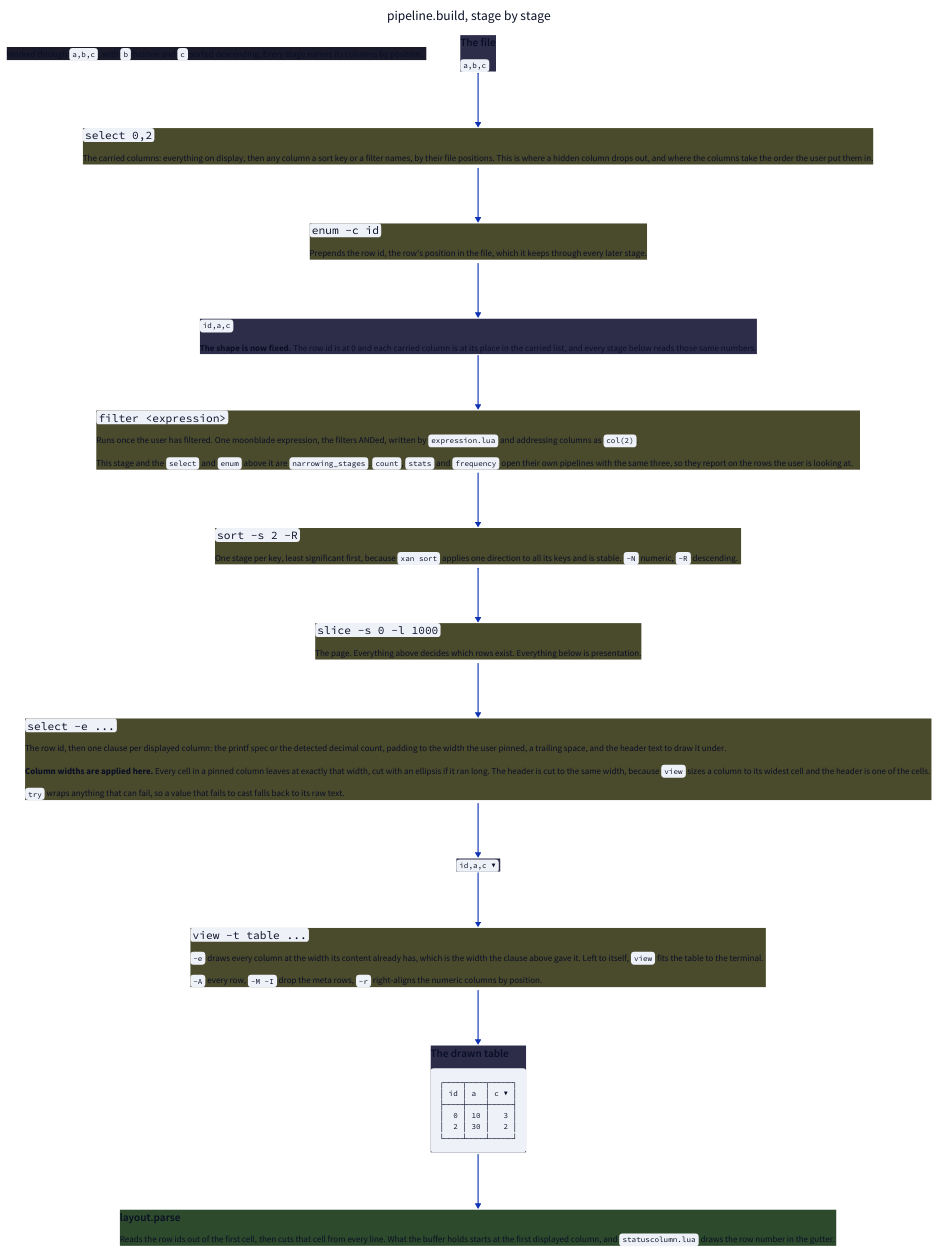
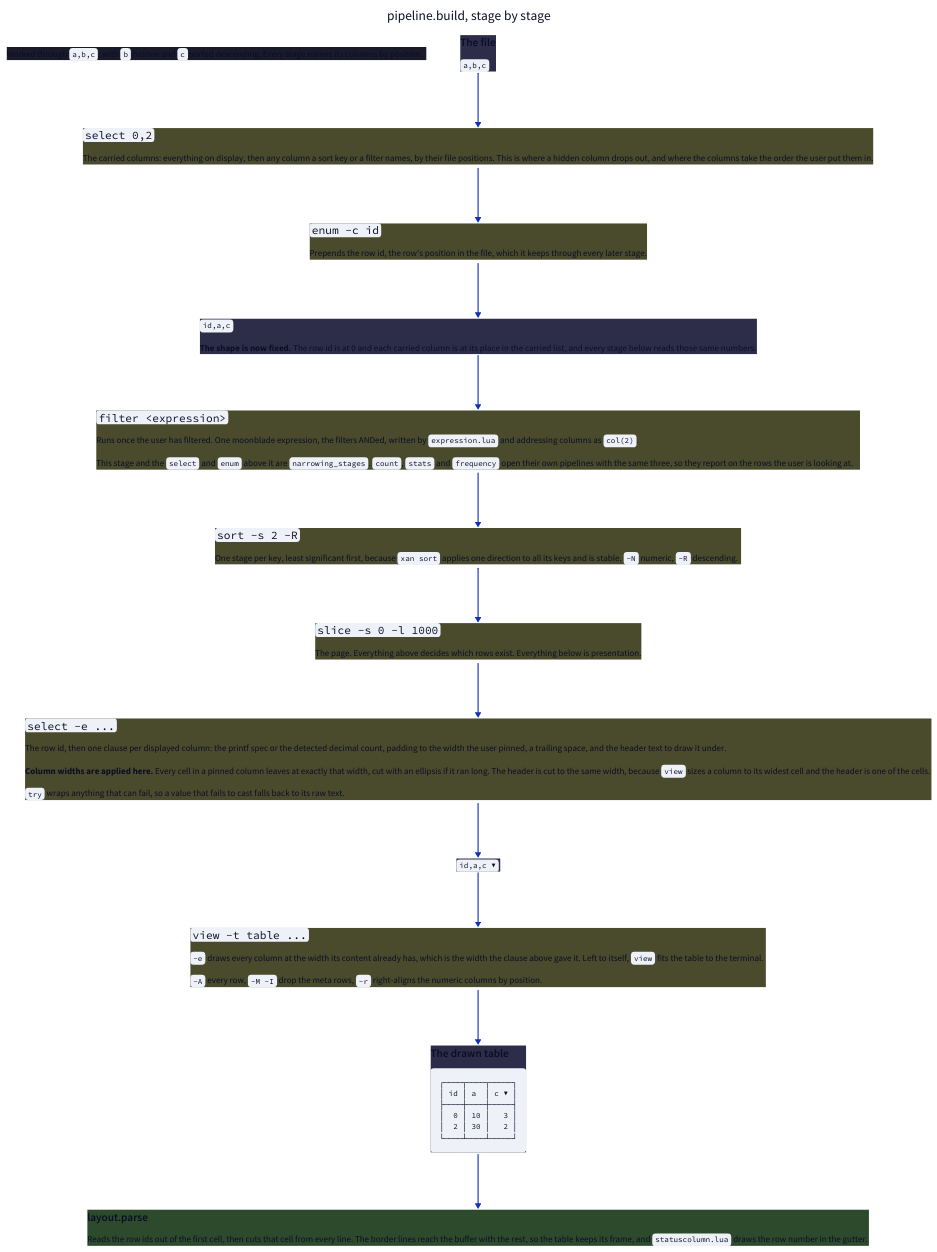
One commit to cseickel/csv-table.nvim changed the diagram in docs/05-pipeline.d2. Above: the diagram before and after it, drawn with D2. The commit also changed 24 other files, not shown here.

First line of the commit message:
fix: key row jsonl by column id and restore the top border

````diff
--- a/docs/05-pipeline.d2
+++ b/docs/05-pipeline.d2
@@ -1,146 +1,147 @@
 direction: down
 
 title: pipeline.build, stage by stage {
   near: top-center
   shape: text
   style.font-size: 24
 }
 
 example: |md
   Worked through `a,b,c`, with `b` hidden and `c` sorted descending.
   Every stage names its columns by position.
 | {style.fill: "#1a1a2a"}
 
 classes: {
   stage: {style.fill: "#4a4a2d"}
   shape_after: {style.fill: "#2d2d4a"}
   post: {style.fill: "#2d4a2d"}
 }
 
 source: |md
   ### The file
   `a,b,c`
 | {class: shape_after}
 
 select: |md
   ### `select 0,2`
   The carried columns: everything on
   display, then any column a sort key or a
   filter names, by their file positions.
   This is where a hidden column drops out,
   and where the columns take the order the
   user put them in.
 | {class: stage}
 
 enum: |md
   ### `enum -c id`
   Prepends the row id, the row's position in
   the file, which it keeps through every
   later stage.
 | {class: stage}
 
 fixed: |md
   `id,a,c`
 
   **The shape is now fixed.** The row id is
   at 0 and each carried column is at its
   place in the carried list, and every stage
   below reads those same numbers.
 | {class: shape_after}
 
 filter: |md
   ### `filter <expression>`
   Runs once the user has filtered. One
   moonblade expression, the filters ANDed,
   written by `expression.lua` and addressing
   columns as `col(2)`.
 
   This stage and the `select` and `enum`
   above it are `narrowing_stages`. `count`,
   `stats` and `frequency` open their own
   pipelines with the same three, so they
   report on the rows the user is looking at.
 | {class: stage}
 
 sort: |md
   ### `sort -s 2 -R`
   One stage per key, least significant first,
   because `xan sort` applies one direction to
   all its keys and is stable. `-N` numeric,
   `-R` descending.
 | {class: stage}
 
 slice: |md
   ### `slice -s 0 -l 1000`
   The page. Everything above decides which
   rows exist. Everything below is presentation.
 | {class: stage}
 
 display: |md
   ### `select -e ...`
   The row id, then one clause per displayed
   column: the printf spec or the detected
   decimal count, padding to the width the
   user pinned, a trailing space, and the
   header text to draw it under.
 
   **Column widths are applied here.** Every
   cell in a pinned column leaves at exactly
   that width, cut with an ellipsis if it ran
   long. The header is cut to the same width,
   because `view` sizes a column to its widest
   cell and the header is one of the cells.
 
   `try` wraps anything that can fail, so a
   value that fails to cast falls back to its
   raw text.
 | {class: stage}
 
 after_display: |md
   `id,a,c ▼`
 | {class: shape_after}
 
 view: |md
   ### `view -t table ...`
   `-e` draws every column at the width its
   content already has, which is the width the
   clause above gave it. Left to itself, `view`
   fits the table to the terminal.
 
   `-A` every row, `-M -I` drop the meta rows,
   `-r` right-aligns the numeric columns by
   position.
 | {class: stage}
 
 drawn: |md
   ### The drawn table
   ```
   ┌────┬────┬─────┐
   │ id │ a  │ c ▼ │
   ├────┼────┼─────┤
   │  0 │ 10 │   3 │
   │  2 │ 30 │   2 │
   └────┴────┴─────┘
   ```
 | {class: shape_after}
 
 parse: |md
   ### layout.parse
   Reads the row ids out of the first cell,
-  then cuts that cell from every line. What
-  the buffer holds starts at the first
-  displayed column, and `statuscolumn.lua`
-  draws the row number in the gutter.
+  then cuts that cell from every line. The
+  border lines reach the buffer with the
+  rest, so the table keeps its frame, and
+  `statuscolumn.lua` draws the row number in
+  the gutter.
 | {class: post}
 
 source -> select
 select -> enum
 enum -> fixed
 fixed -> filter
 filter -> sort
 sort -> slice
 slice -> display
 display -> after_display
 after_display -> view
 view -> drawn
 drawn -> parse
````
